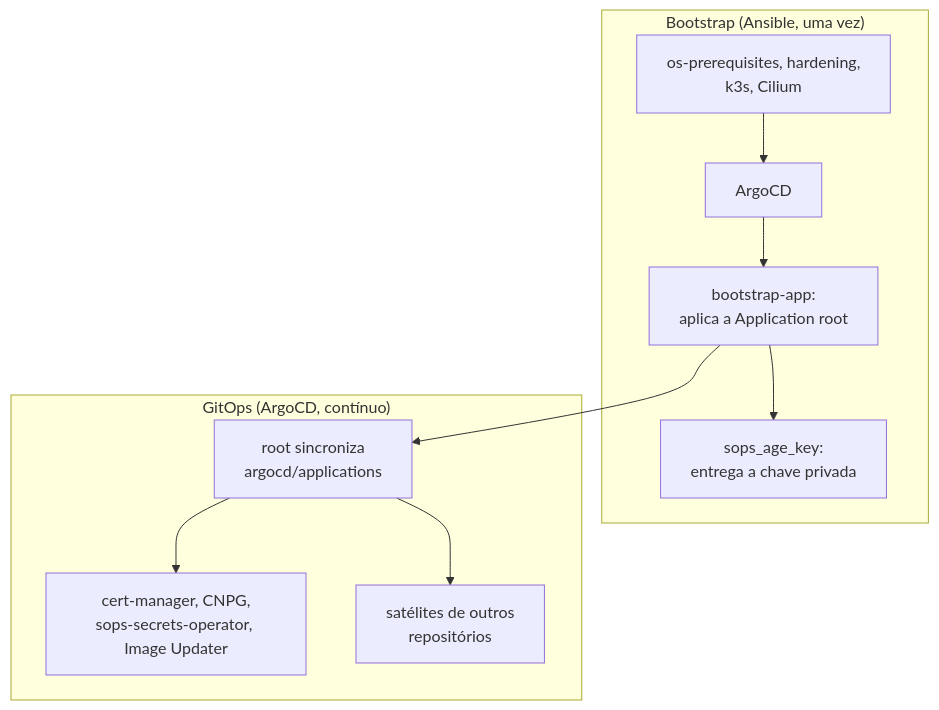
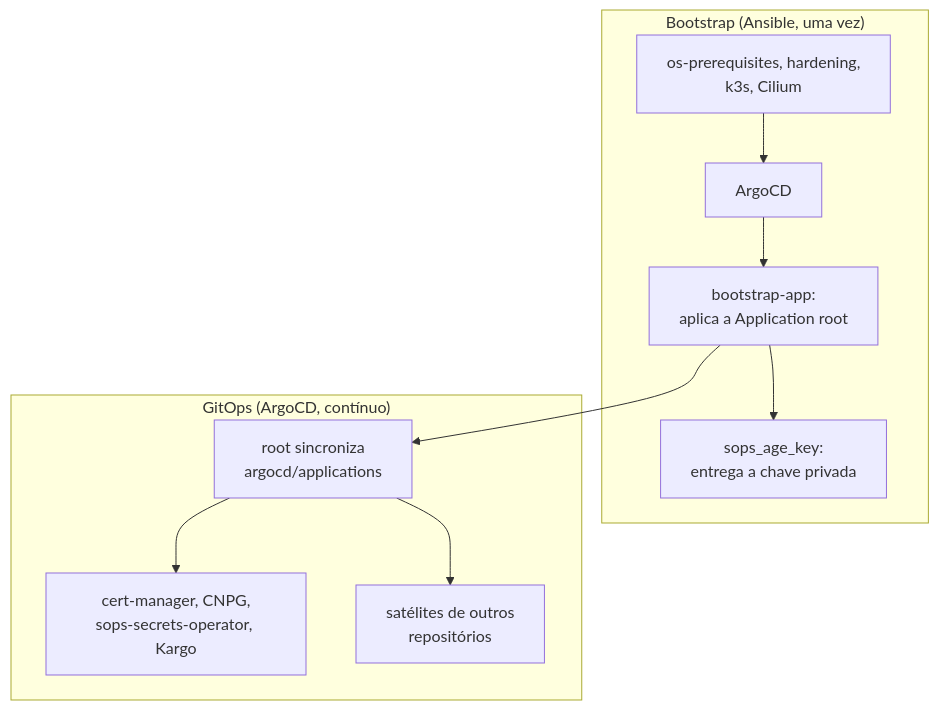
Before and after one commit to guesant/hl-infrastructure: the first of 3 diagrams in docs/arquitetura/index.md, drawn with Mermaid. The commit also changed other lines of this file and 15 other files, not shown here.

Commit message:
docs: describe the image rollout with kargo

````diff
--- a/docs/arquitetura/index.md
+++ b/docs/arquitetura/index.md
@@ -13,13 +13,13 @@
 ```mermaid
 flowchart TB
     subgraph bootstrap["Bootstrap (Ansible, uma vez)"]
         A["os-prerequisites, hardening,\nk3s, Cilium"] --> B["ArgoCD"]
         B --> C["bootstrap-app:\naplica a Application root"]
         C --> D["sops_age_key:\nentrega a chave privada"]
     end
     subgraph gitops["GitOps (ArgoCD, contínuo)"]
         C --> E["root sincroniza\nargocd/applications"]
-        E --> F["cert-manager, CNPG,\nsops-secrets-operator, Image Updater"]
+        E --> F["cert-manager, CNPG,\nsops-secrets-operator, Kargo"]
         E --> G["satélites de outros\nrepositórios"]
     end
 ```
````
